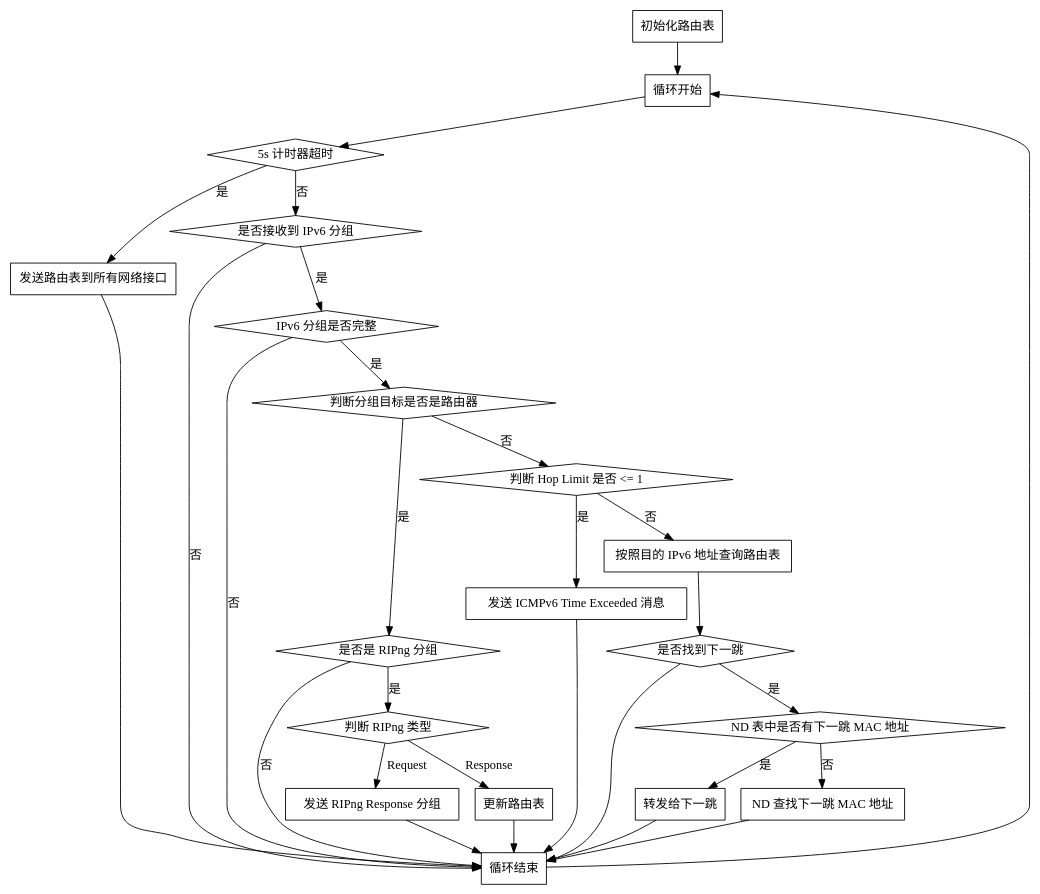
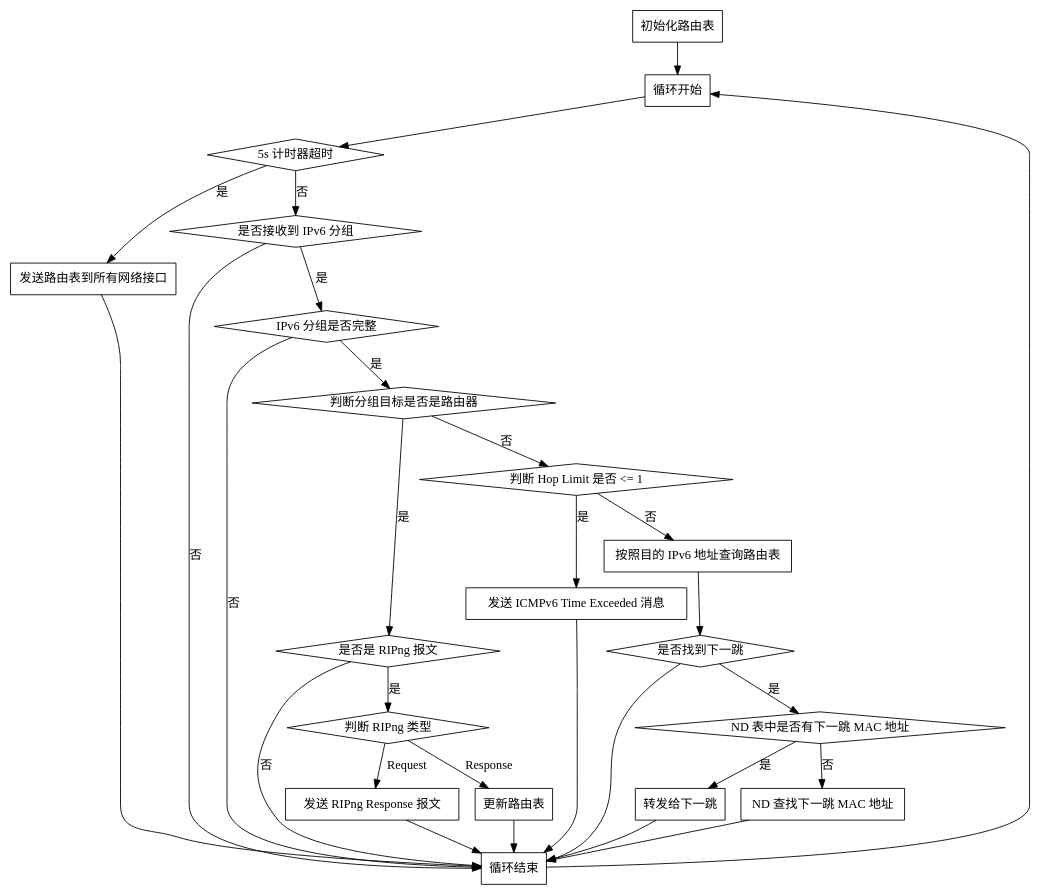
The diagram in docs/software/second_stage/img/flow.dot (thu-cs-lab/Router-Lab-Docs), drawn with Graphviz before and after one commit. The commit also changed 8 other files, not shown here.

```diff
--- a/docs/software/second_stage/img/flow.dot
+++ b/docs/software/second_stage/img/flow.dot
@@ -1,141 +1,141 @@
 digraph G {
     
     init [
         label = "初始化路由表",
         shape = rect
     ];
     
     loop [
         label = "循环开始",
         shape = rect
     ];
     
     init -> loop;
     
     send_all [
         label = "发送路由表到所有网络接口",
         shape = rect
     ];
     
     timeout [
         label = "5s 计时器超时",
         shape = diamond
     ];
     
     loop -> timeout;
 
     timeout -> send_all [label = "是"];
     send_all -> loop_end;
     
     recv [
         label = "是否接收到 IPv6 分组",
         shape = diamond
     ];
     
     timeout -> recv [label = "否"];
     recv -> loop_end [label = "否"];
     
     check [
         label = "IPv6 分组是否完整",
         shape = diamond
     ];
     
     recv -> check [label = "是"];
     check -> loop_end [label = "否"];
     check -> type [label = "是"];
     
     type [
         label = "判断分组目标是否是路由器",
         shape = diamond
     ];
     
     check_ripng [
-        label = "是否是 RIPng 分组",
+        label = "是否是 RIPng 报文",
         shape = diamond
     ];
     
     type -> check_ripng [label = "是"];
     type -> check_hlim [label = "否"];
     
     check_hlim [
         label = "判断 Hop Limit 是否 <= 1",
         shape = diamond
     ];
     
     time_exceeded [
         label = "发送 ICMPv6 Time Exceeded 消息",
         shape = rect
     ];
     check_hlim -> time_exceeded[label = "是"];
     time_exceeded -> loop_end;
     
     
     lookup [
         label = "按照目的 IPv6 地址查询路由表",
         shape = rect
     ];
     
     check_hlim -> lookup[label = "否"];
     
     nexthop_found [
         label = "是否找到下一跳",
         shape = diamond
     ]
     
     lookup -> nexthop_found;
     
     check_mac [
         label = "ND 表中是否有下一跳 MAC 地址",
         shape = diamond
     ];
     
     nexthop_found -> loop_end;
     nexthop_found -> check_mac[label = "是"];
     check_mac -> forward[label = "是"];
         
     forward [
         label = "转发给下一跳",
         shape = rect
     ];
     
     forward -> loop_end;
         
     ndp [
         label = "ND 查找下一跳 MAC 地址",
         shape = rect
     ]
     
     check_mac -> ndp[label = "否"];
     ndp -> loop_end;
         
     check_request [
         label = "判断 RIPng 类型",
         shape = diamond
     ];
     
     check_ripng -> check_request[label = "是"];
     check_ripng -> loop_end[label = "否"];
     
     handle_request [
-        label = "发送 RIPng Response 分组",
+        label = "发送 RIPng Response 报文",
         shape = rect
     ];
     
     check_request -> handle_request[label = "Request"];
     handle_request -> loop_end;
     
     handle_response [
         label = "更新路由表",
         shape = rect
     ];
     
     check_request -> handle_response[label = "Response"];
     handle_response -> loop_end;
     
     loop_end [
         label = "循环结束",
         shape = rect
     ];
     
     loop_end -> loop;
 }
```
